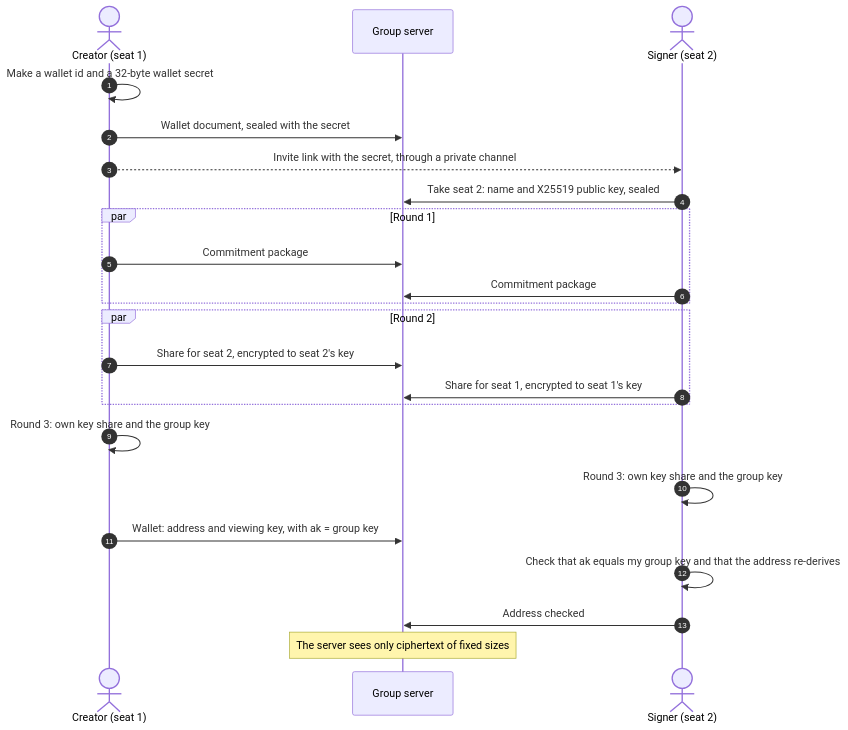
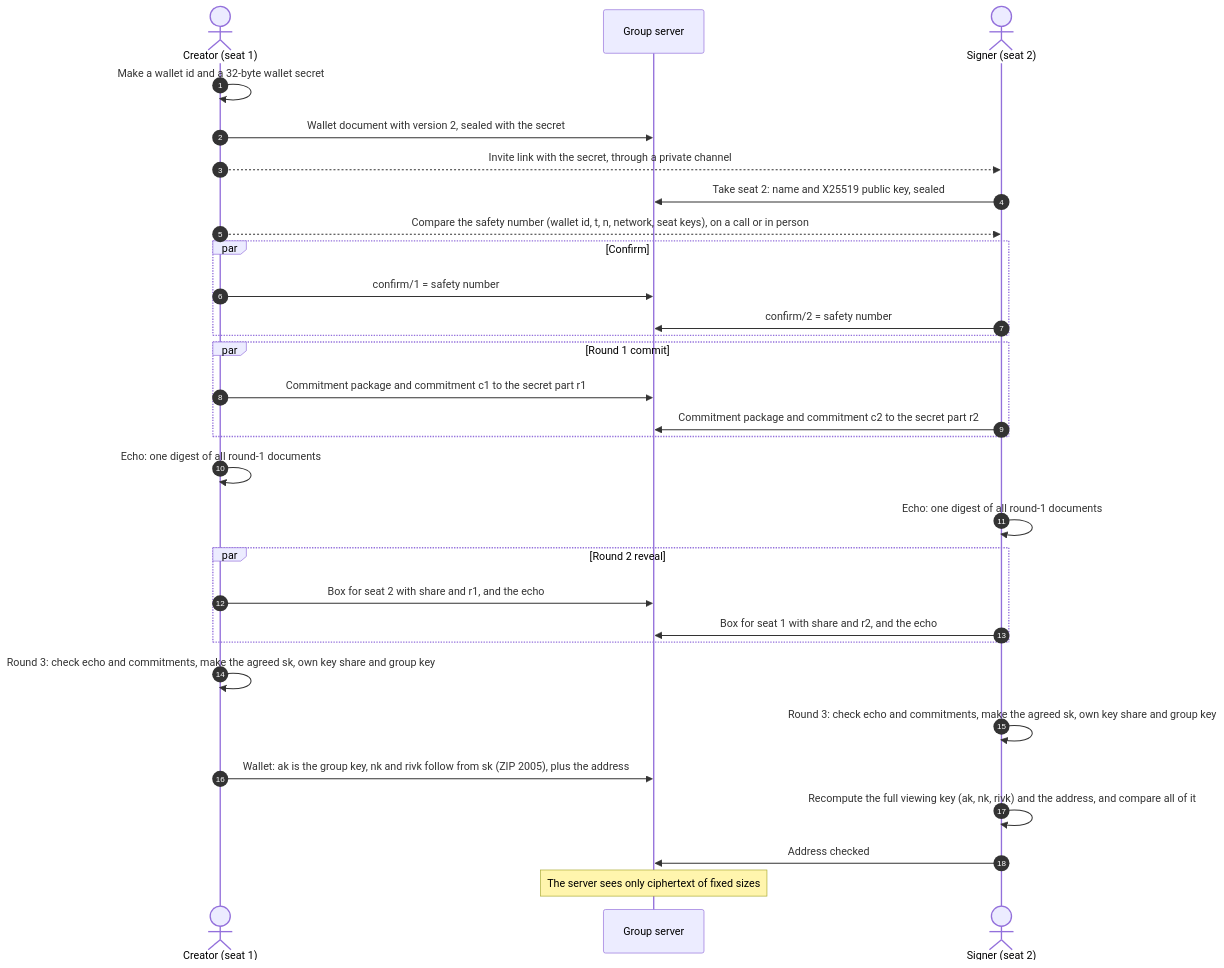
The second of 4 diagrams in PROTOCOL.md (devzigs/zigs), drawn with Mermaid before and after one commit. The commit also changed other lines of this file and 17 other files, not shown here.

First line of the commit message:
Agree a wallet secret for ZIP 2005 recovery in new wallets

````diff
--- a/PROTOCOL.md
+++ b/PROTOCOL.md
@@ -75,25 +92,32 @@
 ```mermaid
 sequenceDiagram
   autonumber
   actor A as Creator (seat 1)
   participant S as Group server
   actor B as Signer (seat 2)
   A->>A: Make a wallet id and a 32-byte wallet secret
-  A->>S: Wallet document, sealed with the secret
+  A->>S: Wallet document with version 2, sealed with the secret
   A-->>B: Invite link with the secret, through a private channel
   B->>S: Take seat 2: name and X25519 public key, sealed
-  par Round 1
-    A->>S: Commitment package
-    B->>S: Commitment package
+  A-->>B: Compare the safety number (wallet id, t, n, network, seat keys), on a call or in person
+  par Confirm
+    A->>S: confirm/1 = safety number
+    B->>S: confirm/2 = safety number
   end
-  par Round 2
-    A->>S: Share for seat 2, encrypted to seat 2's key
-    B->>S: Share for seat 1, encrypted to seat 1's key
+  par Round 1 commit
+    A->>S: Commitment package and commitment c1 to the secret part r1
+    B->>S: Commitment package and commitment c2 to the secret part r2
   end
-  A->>A: Round 3: own key share and the group key
-  B->>B: Round 3: own key share and the group key
-  A->>S: Wallet: address and viewing key, with ak = group key
-  B->>B: Check that ak equals my group key and that the address re-derives
+  A->>A: Echo: one digest of all round-1 documents
+  B->>B: Echo: one digest of all round-1 documents
+  par Round 2 reveal
+    A->>S: Box for seat 2 with share and r1, and the echo
+    B->>S: Box for seat 1 with share and r2, and the echo
+  end
+  A->>A: Round 3: check echo and commitments, make the agreed sk, own key share and group key
+  B->>B: Round 3: check echo and commitments, make the agreed sk, own key share and group key
+  A->>S: Wallet: ak is the group key, nk and rivk follow from sk (ZIP 2005), plus the address
+  B->>B: Recompute the full viewing key (ak, nk, rivk) and the address, and compare all of it
   B->>S: Address checked
   Note over S: The server sees only ciphertext of fixed sizes
 ```
````
